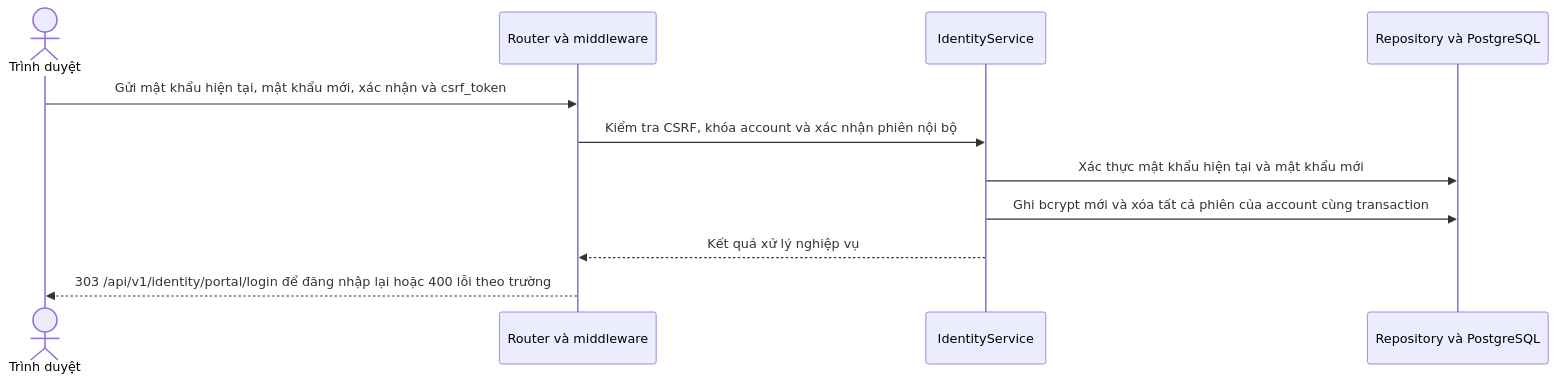
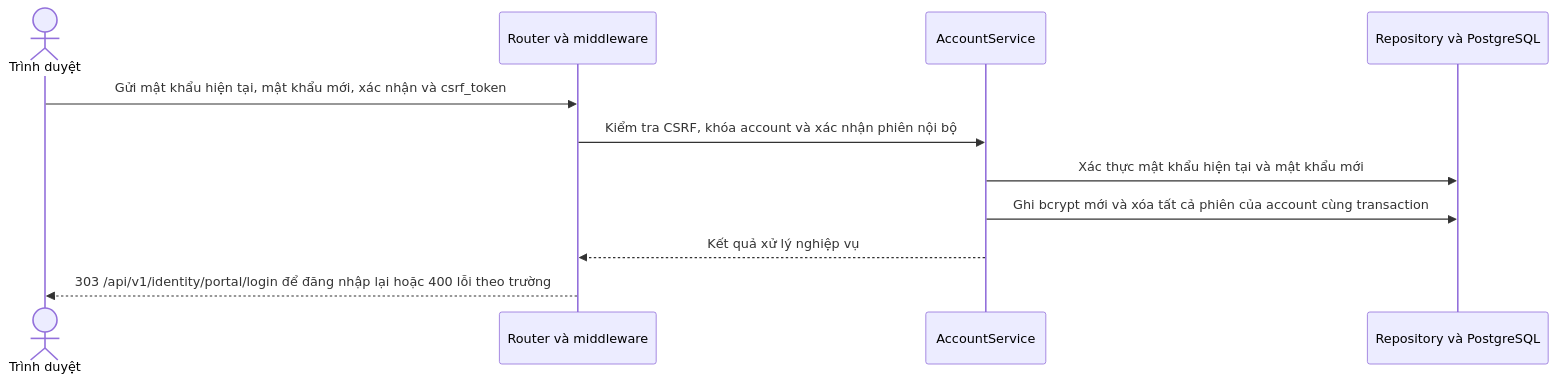
Before and after one commit to thanhklt/sobie-swimwear-e-commerce: the diagram in docs/sequence/identity/post-admin-password.md, drawn with Mermaid. The commit also changed 127 other files, not shown here.

````diff
--- a/docs/sequence/identity/post-admin-password.md
+++ b/docs/sequence/identity/post-admin-password.md
@@ -5,13 +5,13 @@
 ```mermaid
 sequenceDiagram
     actor Browser as Trình duyệt
     participant Route as Router và middleware
-    participant Service as IdentityService
+    participant Service as AccountService
     participant Data as Repository và PostgreSQL
     Browser->>Route: Gửi mật khẩu hiện tại, mật khẩu mới, xác nhận và csrf_token
     Route->>Service: Kiểm tra CSRF, khóa account và xác nhận phiên nội bộ
     Service->>Data: Xác thực mật khẩu hiện tại và mật khẩu mới
     Service->>Data: Ghi bcrypt mới và xóa tất cả phiên của account cùng transaction
     Service-->>Route: Kết quả xử lý nghiệp vụ
     Route-->>Browser: 303 /api/v1/identity/portal/login để đăng nhập lại hoặc 400 lỗi theo trường
 ```
````
